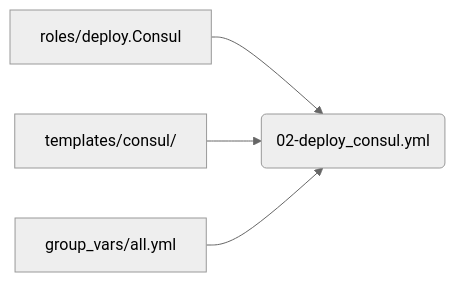
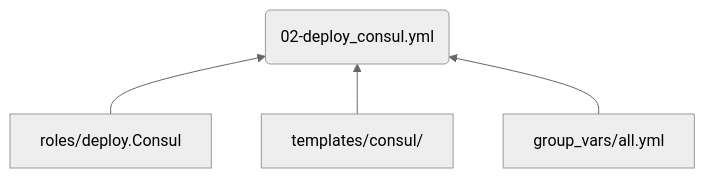
One commit to bottlelee/ansible-elk-deploy changed the second of 2 diagrams in docs/content/step-by-step/07-deploy-consul.md. Above: the diagram before and after it, drawn with Mermaid (neutral theme). The commit also changed other lines of this file and 8 other files, not shown here.

```diff
--- a/docs/content/step-by-step/07-deploy-consul.md
+++ b/docs/content/step-by-step/07-deploy-consul.md
@@ -20,7 +41,7 @@
 {{<mermaid align="left">}}
-graph LR;
-    Playbook(02-deploy_consul.yml)
-    role[roles/deploy.Consul] --> Playbook
-    template[templates/consul/] --> Playbook
-    var1[group_vars/all.yml] --> Playbook
+graph BT
+  Playbook(02-deploy_consul.yml)
+  role[roles/deploy.Consul] --> Playbook
+  template[templates/consul/] --> Playbook
+  var1[group_vars/all.yml] --> Playbook
 {{< /mermaid >}}
```
